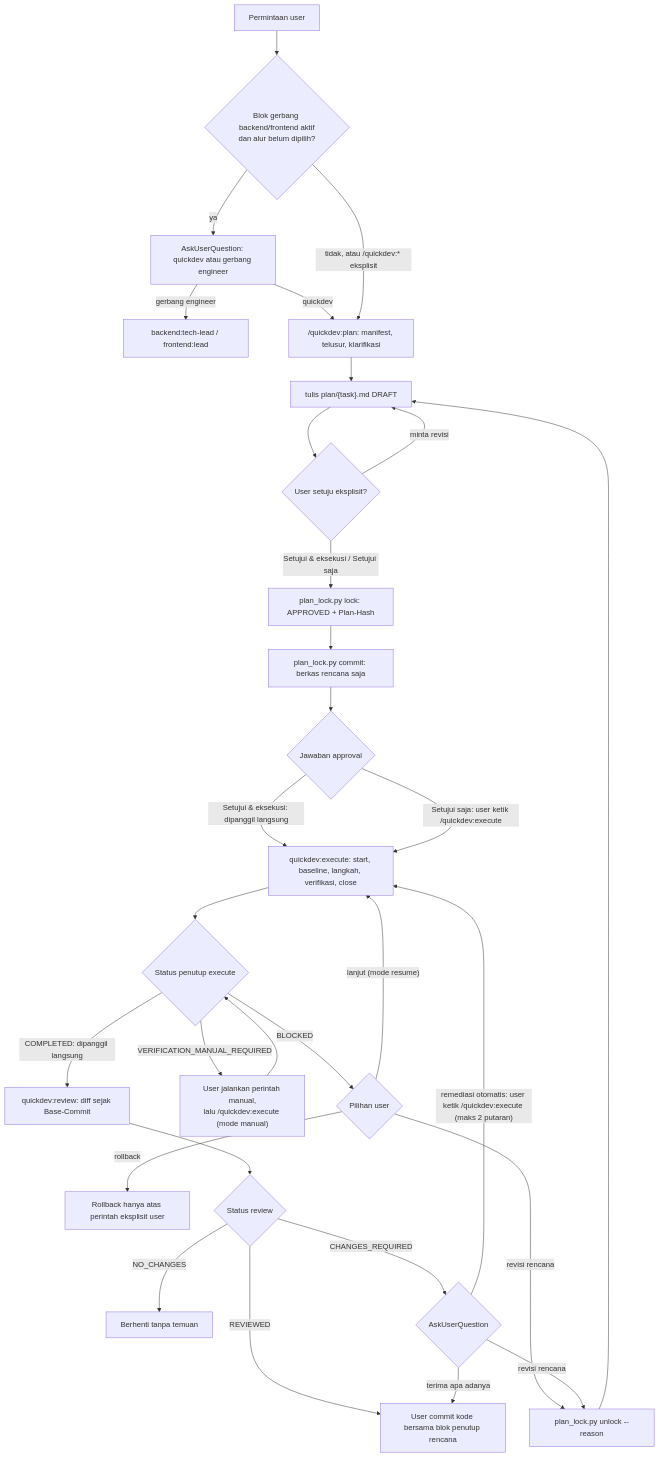
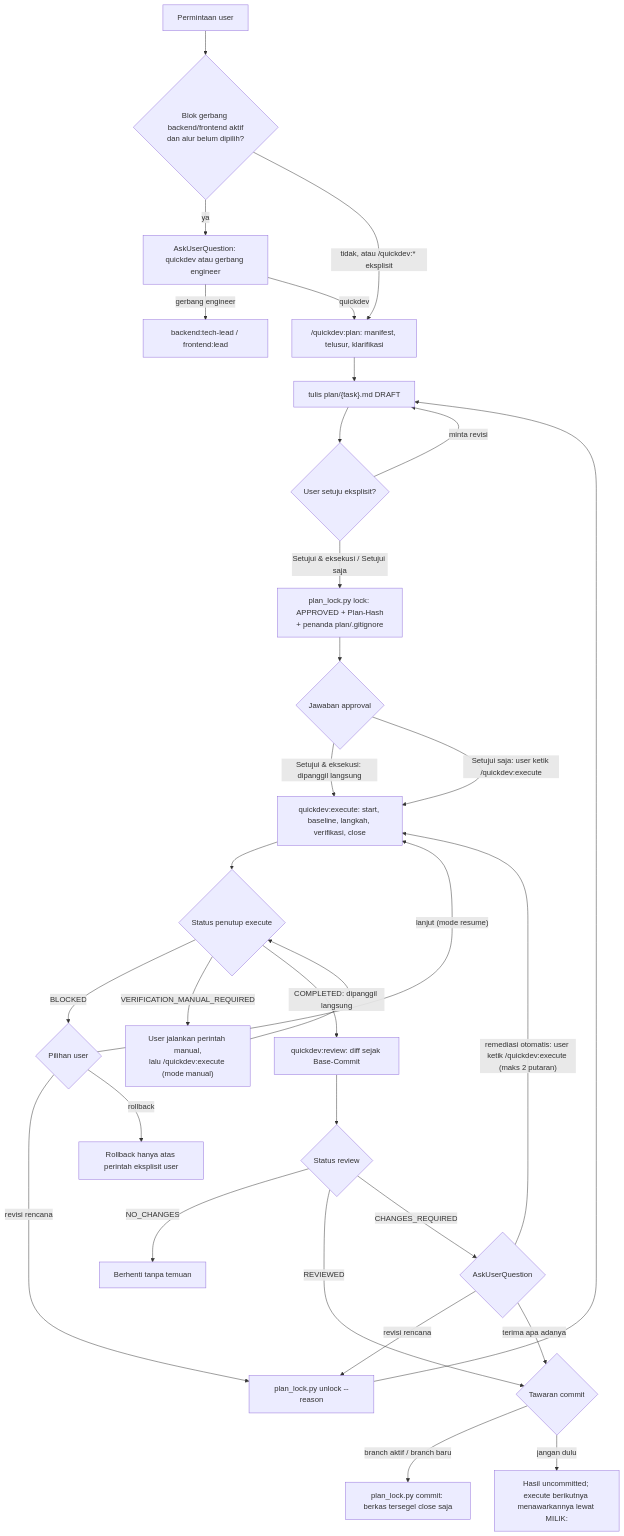
The first of 6 diagrams in flow/quickdev.md (nataflow/agentic-workflow), drawn with Mermaid before and after one commit. The commit also changed other lines of this file and 13 other files, not shown here.

````diff
--- a/flow/quickdev.md
+++ b/flow/quickdev.md
@@ -24,32 +24,33 @@
 ```mermaid
 flowchart TD
     U["Permintaan user"] --> CO{"Blok gerbang backend/frontend aktif<br/>dan alur belum dipilih?"}
     CO -->|ya| ASK["AskUserQuestion: quickdev atau gerbang engineer"]
     ASK -->|"gerbang engineer"| ENG["backend:tech-lead / frontend:lead"]
     ASK -->|quickdev| PL
     CO -->|"tidak, atau /quickdev:* eksplisit"| PL["/quickdev:plan: manifest, telusur, klarifikasi"]
     PL --> DR["tulis plan/{task}.md DRAFT"]
     DR --> AP{"User setuju eksplisit?"}
     AP -->|"minta revisi"| DR
-    AP -->|"Setujui & eksekusi / Setujui saja"| LK["plan_lock.py lock: APPROVED + Plan-Hash"]
-    LK --> CM["plan_lock.py commit: berkas rencana saja"]
-    CM --> AE{"Jawaban approval"}
+    AP -->|"Setujui & eksekusi / Setujui saja"| LK["plan_lock.py lock: APPROVED + Plan-Hash<br/>+ penanda plan/.gitignore"]
+    LK --> AE{"Jawaban approval"}
     AE -->|"Setujui & eksekusi: dipanggil langsung"| EXE["quickdev:execute: start, baseline, langkah, verifikasi, close"]
     AE -->|"Setujui saja: user ketik /quickdev:execute"| EXE
     EXE --> ES{"Status penutup execute"}
     ES -->|BLOCKED| BL{"Pilihan user"}
     BL -->|"lanjut (mode resume)"| EXE
     BL -->|"revisi rencana"| UL["plan_lock.py unlock --reason"]
     UL --> DR
     BL -->|rollback| RB["Rollback hanya atas perintah eksplisit user"]
     ES -->|VERIFICATION_MANUAL_REQUIRED| MAN["User jalankan perintah manual,<br/>lalu /quickdev:execute (mode manual)"]
     MAN --> ES
     ES -->|"COMPLETED: dipanggil langsung"| RV["quickdev:review: diff sejak Base-Commit"]
     RV --> RS{"Status review"}
     RS -->|NO_CHANGES| NC["Berhenti tanpa temuan"]
-    RS -->|REVIEWED| DONE["User commit kode bersama blok penutup rencana"]
+    RS -->|REVIEWED| DONE{"Tawaran commit"}
     RS -->|CHANGES_REQUIRED| RQ{"AskUserQuestion"}
     RQ -->|"remediasi otomatis: user ketik /quickdev:execute (maks 2 putaran)"| EXE
     RQ -->|"revisi rencana"| UL
     RQ -->|"terima apa adanya"| DONE
+    DONE -->|"branch aktif / branch baru"| CMT["plan_lock.py commit: berkas tersegel close saja"]
+    DONE -->|"jangan dulu"| LATER["Hasil uncommitted; execute berikutnya menawarkannya lewat MILIK:"]
 ```
````
